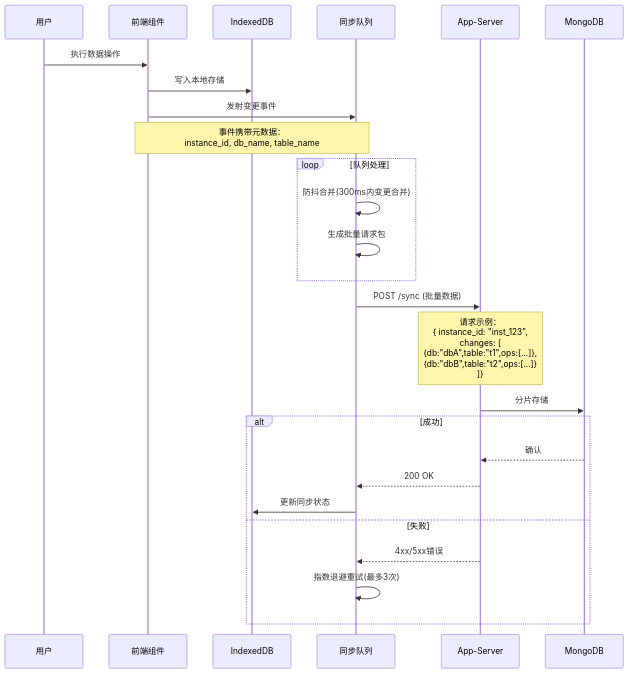
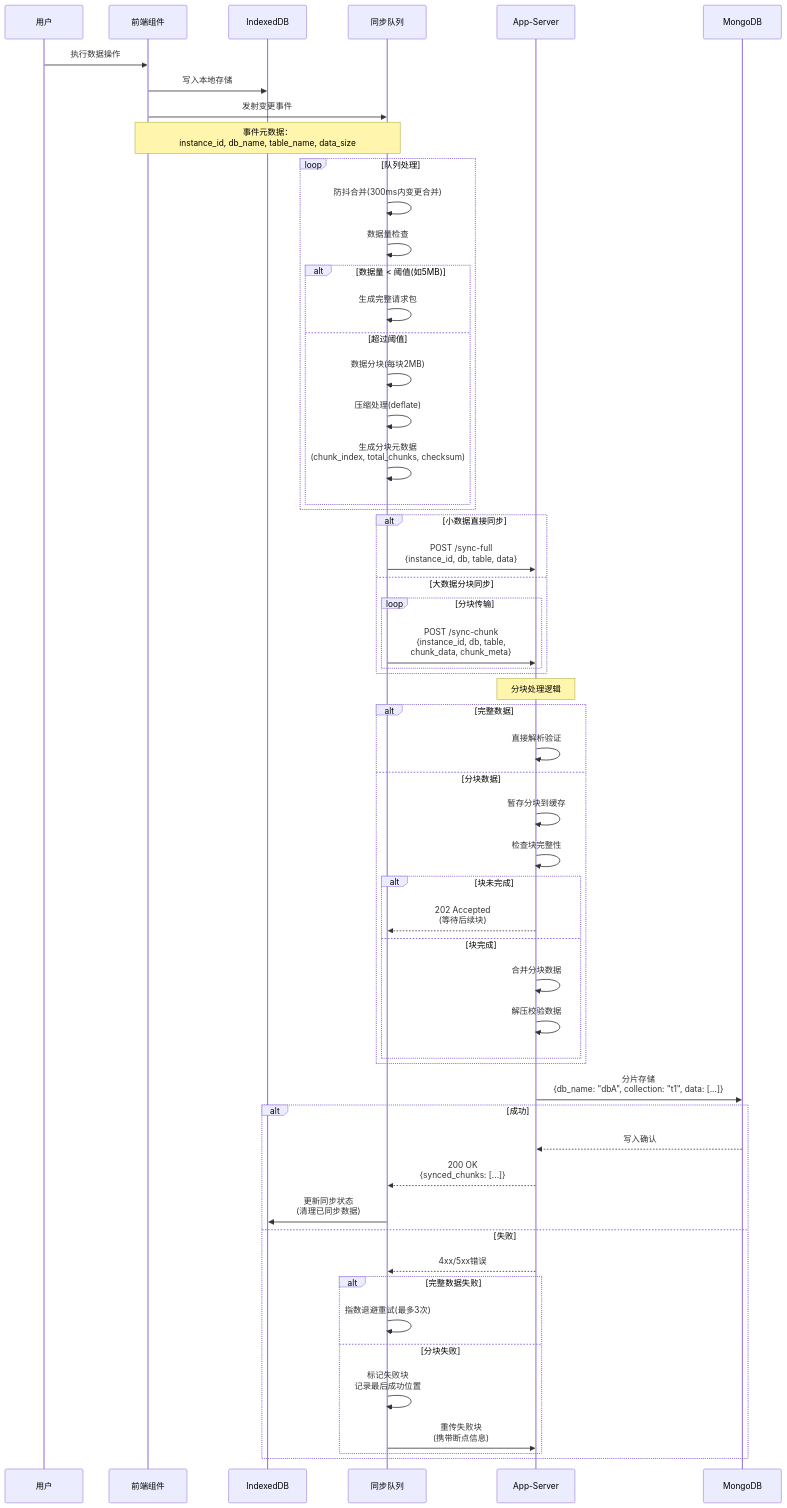
One commit to yingjianzh/iodraw-files changed the diagram in all/未命名-23.md. Above: the diagram before and after it, drawn with Mermaid.

Commit message:
2025-02-19 17:23:40 update

````diff
--- a/all/未命名-23.md
+++ b/all/未命名-23.md
@@ -1,32 +1,64 @@
 ```mermaid
 sequenceDiagram
     participant 用户 as 用户
     participant 组件 as 前端组件
     participant IndexedDB as IndexedDB
     participant 队列 as 同步队列
     participant 后端 as App-Server
     participant MongoDB as MongoDB
 
     用户->>组件: 执行数据操作
     组件->>IndexedDB: 写入本地存储
     组件->>队列: 发射变更事件
-    Note over 组件,队列: 事件携带元数据：<br/>instance_id, db_name, table_name
-    
+    Note over 组件,队列: 事件元数据：<br/>instance_id, db_name, table_name, data_size
+
     loop 队列处理
         队列->>队列: 防抖合并(300ms内变更合并)
-        队列->>队列: 生成批量请求包
+        队列->>队列: 数据量检查
+        alt 数据量 < 阈值(如5MB)
+            队列->>队列: 生成完整请求包
+        else 超过阈值
+            队列->>队列: 数据分块(每块2MB)
+            队列->>队列: 压缩处理(deflate)
+            队列->>队列: 生成分块元数据<br/>(chunk_index, total_chunks, checksum)
+        end
     end
+
+    alt 小数据直接同步
+        队列->>后端: POST /sync-full<br/>{instance_id, db, table, data}
+    else 大数据分块同步
+        loop 分块传输
+            队列->>后端: POST /sync-chunk<br/>{instance_id, db, table,<br/>chunk_data, chunk_meta}
+        end
+    end
+
+    Note over 后端: 分块处理逻辑
+    alt 完整数据
+        后端->>后端: 直接解析验证
+    else 分块数据
+        后端->>后端: 暂存分块到缓存
+        后端->>后端: 检查块完整性
+        alt 块未完成
+            后端-->>队列: 202 Accepted<br/>(等待后续块)
+        else 块完成
+            后端->>后端: 合并分块数据
+            后端->>后端: 解压校验数据
+        end
+    end
+
+    后端->>MongoDB: 分片存储<br/>{db_name: "dbA", collection: "t1", data: [...]}
     
-    队列->>后端: POST /sync (批量数据)
-    Note over 后端: 请求示例：<br/>{ instance_id: "inst_123",<br/> changes: [<br/>   {db:"dbA",table:"t1",ops:[...]},<br/>   {db:"dbB",table:"t2",ops:[...]}<br/> ]}
-    
-    后端->>MongoDB: 分片存储
     alt 成功
-        MongoDB-->>后端: 确认
-        后端-->>队列: 200 OK
-        队列->>IndexedDB: 更新同步状态
+        MongoDB-->>后端: 写入确认
+        后端-->>队列: 200 OK<br/>{synced_chunks: [...]}
+        队列->>IndexedDB: 更新同步状态<br/>(清理已同步数据)
     else 失败
         后端-->>队列: 4xx/5xx错误
-        队列->>队列: 指数退避重试(最多3次)
+        alt 完整数据失败
+            队列->>队列: 指数退避重试(最多3次)
+        else 分块失败
+            队列->>队列: 标记失败块<br/>记录最后成功位置
+            队列->>后端: 重传失败块<br/>(携带断点信息)
+        end
     end
 ```
````
